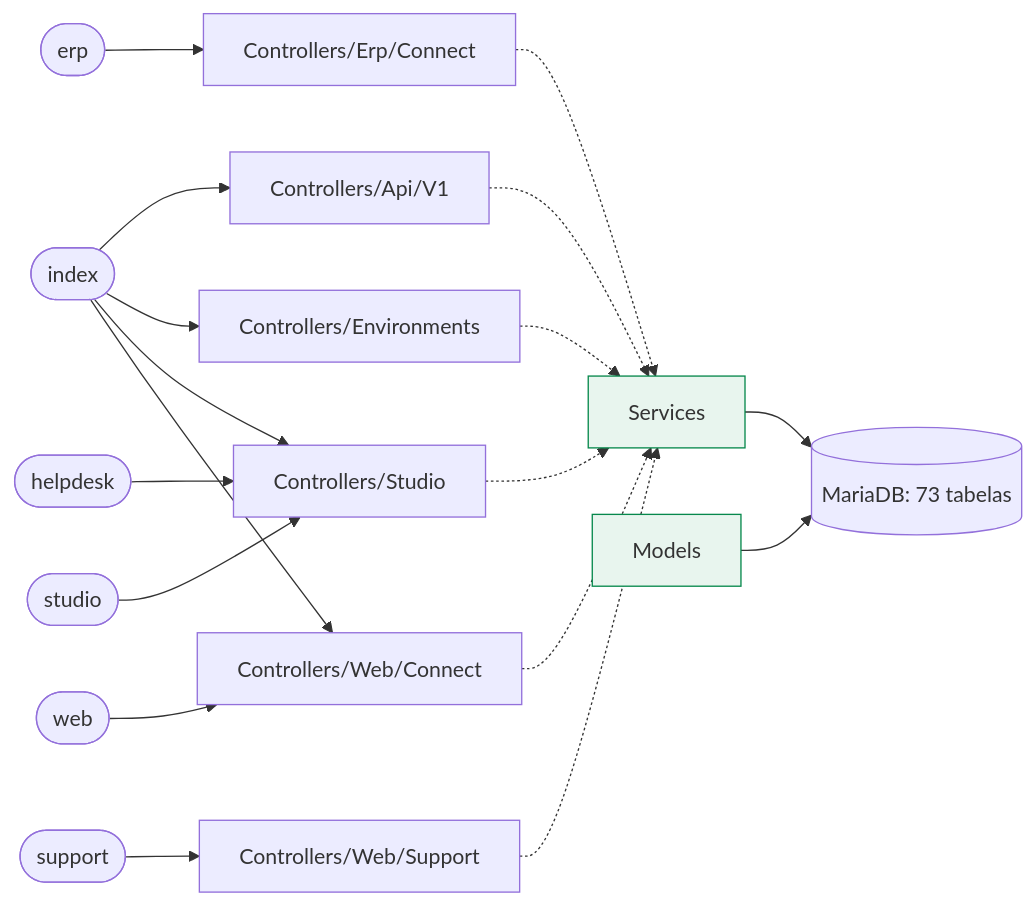
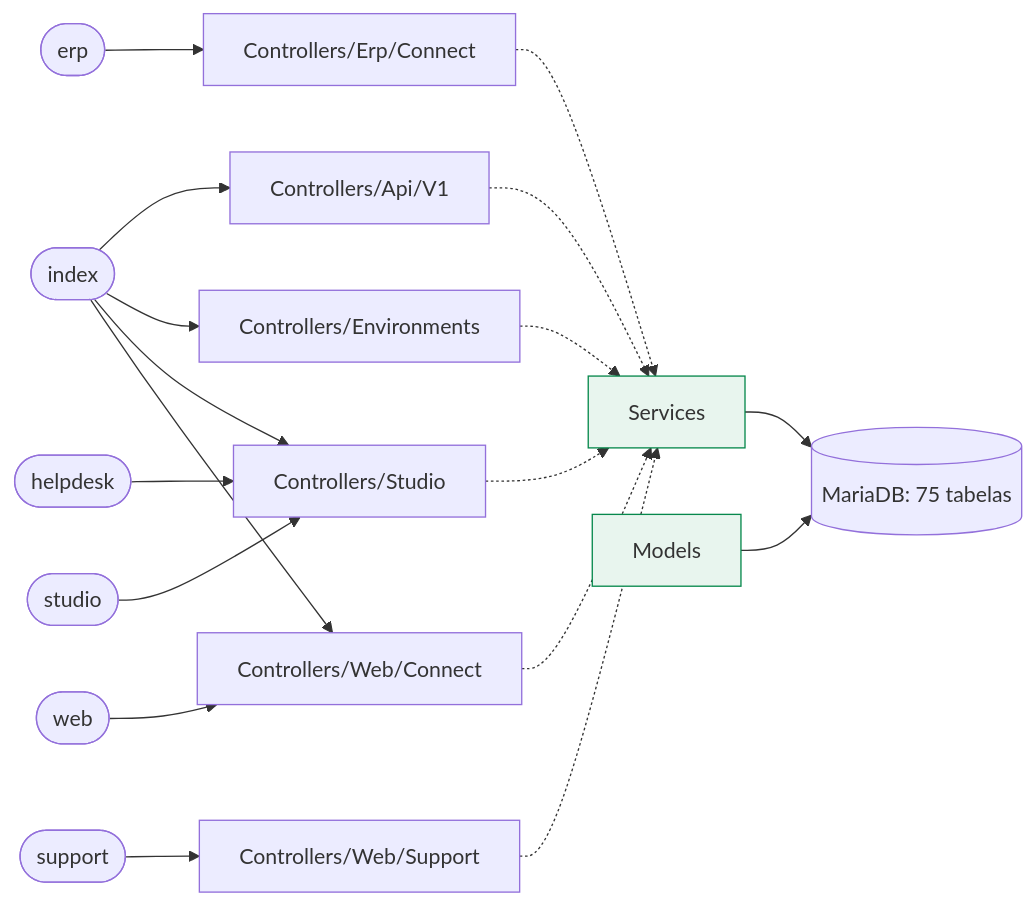
One commit to djalmamartins/connect-erp changed the first of 2 diagrams in docs/map/README.md. Above: the diagram before and after it, drawn with Mermaid. The commit also changed other lines of this file and 1 other file, not shown here.

````diff
--- a/docs/map/README.md
+++ b/docs/map/README.md
@@ -13,30 +13,30 @@
 ```mermaid
 flowchart LR
   env_erp(["erp"])
   env_erp --> pkg_Controllers_Erp_Connect["Controllers/Erp/Connect"]
   env_helpdesk(["helpdesk"])
   env_helpdesk --> pkg_Controllers_Studio["Controllers/Studio"]
   env_index(["index"])
   env_index --> pkg_Controllers_Api_V1["Controllers/Api/V1"]
   env_index --> pkg_Controllers_Environments["Controllers/Environments"]
   env_index --> pkg_Controllers_Studio["Controllers/Studio"]
   env_index --> pkg_Controllers_Web_Connect["Controllers/Web/Connect"]
   env_studio(["studio"])
   env_studio --> pkg_Controllers_Studio["Controllers/Studio"]
   env_support(["support"])
   env_support --> pkg_Controllers_Web_Support["Controllers/Web/Support"]
   env_web(["web"])
   env_web --> pkg_Controllers_Web_Connect["Controllers/Web/Connect"]
   pkg_svc["Services"]:::svc
   pkg_mdl["Models"]:::svc
-  db[("MariaDB: 73 tabelas")]
+  db[("MariaDB: 75 tabelas")]
   pkg_Controllers_Api_V1 -.-> pkg_svc
   pkg_Controllers_Environments -.-> pkg_svc
   pkg_Controllers_Erp_Connect -.-> pkg_svc
   pkg_Controllers_Studio -.-> pkg_svc
   pkg_Controllers_Web_Connect -.-> pkg_svc
   pkg_Controllers_Web_Support -.-> pkg_svc
   pkg_svc --> db
   pkg_mdl --> db
   classDef svc fill:#e8f5ee,stroke:#07884c
 ```
````
